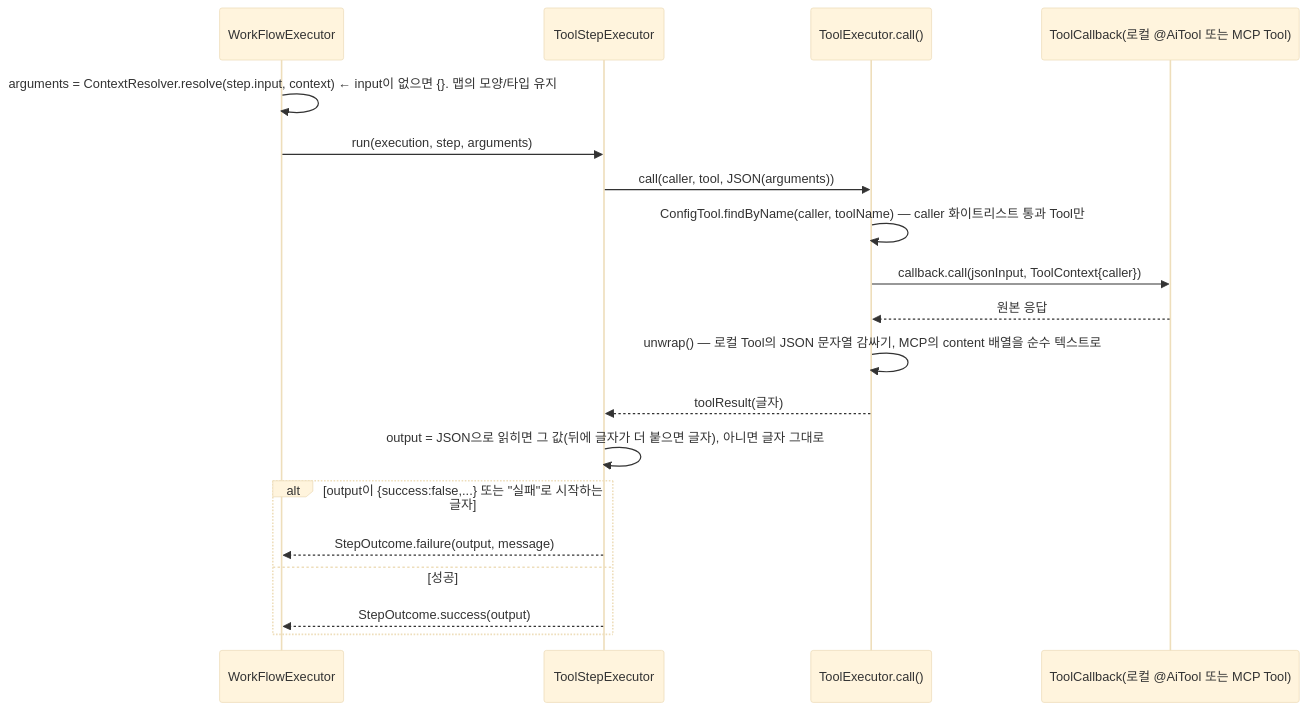
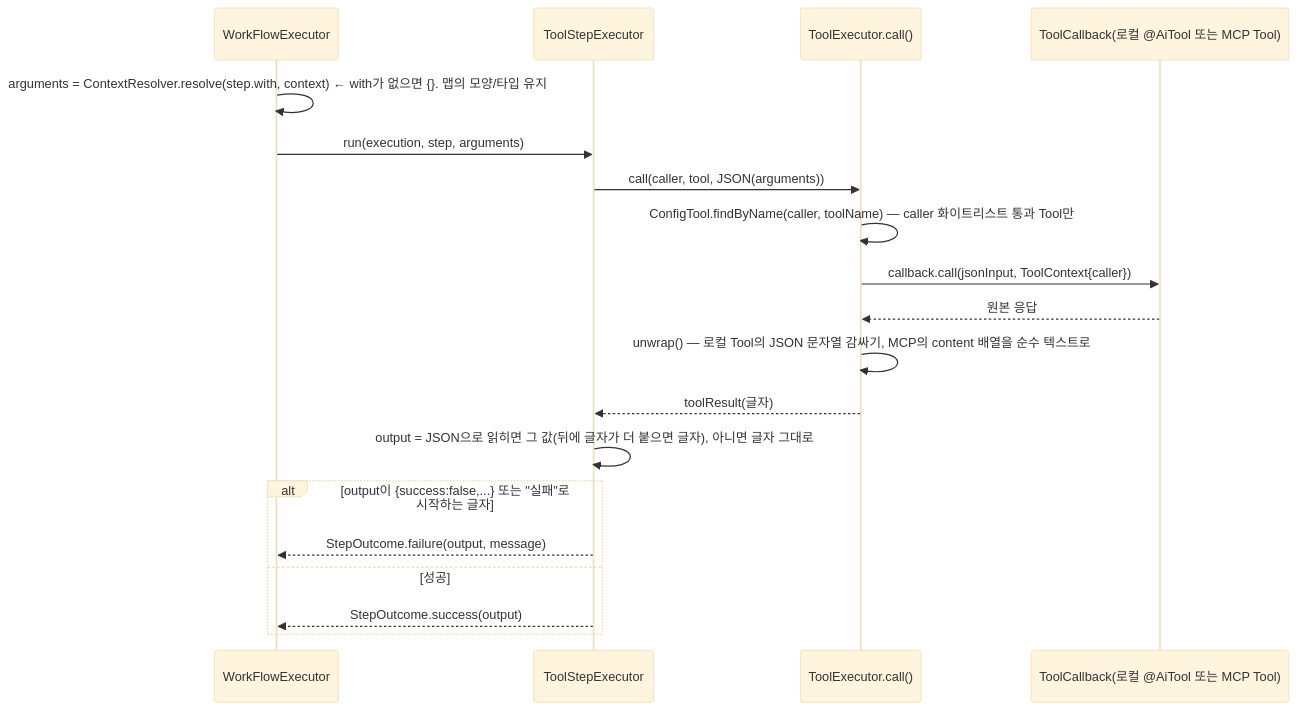
One commit to YongSoekChoeng/dstone changed the seventh of 10 diagrams in docs/09.dstone-ai-engine.md. Above: the diagram before and after it, drawn with Mermaid (base theme). The commit also changed other lines of this file and 7 other files, not shown here.

First line of the commit message:
docs: 정의 파일 새 형식(.agent.md, Picoschema, with/save/return/state) 반영

````diff
--- a/docs/09.dstone-ai-engine.md
+++ b/docs/09.dstone-ai-engine.md
@@ -813,21 +813,21 @@
 ```mermaid
 sequenceDiagram
     participant WE as WorkFlowExecutor
     participant TSR as ToolStepExecutor
     participant TE as ToolExecutor.call()
     participant CB as ToolCallback(로컬 @AiTool 또는 MCP Tool)
-    WE->>WE: arguments = ContextResolver.resolve(step.input, context)  ← input이 없으면 {}. 맵의 모양/타입 유지
+    WE->>WE: arguments = ContextResolver.resolve(step.with, context)  ← with가 없으면 {}. 맵의 모양/타입 유지
     WE->>TSR: run(execution, step, arguments)
     TSR->>TE: call(caller, tool, JSON(arguments))
     TE->>TE: ConfigTool.findByName(caller, toolName) — caller 화이트리스트 통과 Tool만
     TE->>CB: callback.call(jsonInput, ToolContext{caller})
     CB-->>TE: 원본 응답
     TE->>TE: unwrap() — 로컬 Tool의 JSON 문자열 감싸기, MCP의 content 배열을 순수 텍스트로
     TE-->>TSR: toolResult(글자)
     TSR->>TSR: output = JSON으로 읽히면 그 값(뒤에 글자가 더 붙으면 글자), 아니면 글자 그대로
     alt output이 {success:false,...} 또는 "실패"로 시작하는 글자
         TSR-->>WE: StepOutcome.failure(output, message)
     else 성공
         TSR-->>WE: StepOutcome.success(output)
     end
 ```
````
